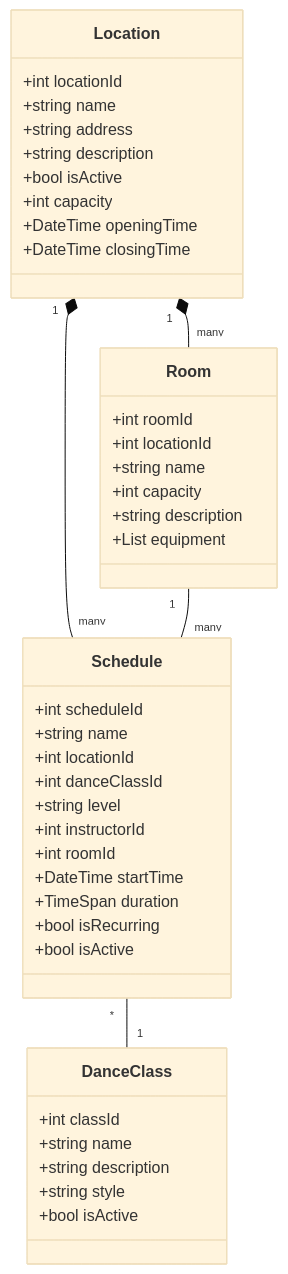
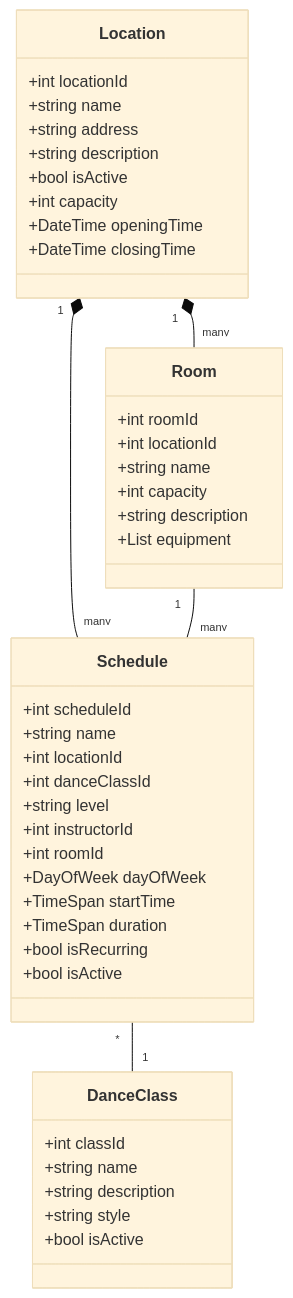
One commit to plebann/studioscheduler changed the diagram in src/StudioScheduler.Core/docs/schedule_implementation_plan.md. Above: the diagram before and after it, drawn with Mermaid (base theme). The commit also changed other lines of this file and 38 other files, not shown here.

````diff
--- a/src/StudioScheduler.Core/docs/schedule_implementation_plan.md
+++ b/src/StudioScheduler.Core/docs/schedule_implementation_plan.md
@@ -9,49 +44,50 @@
 ```mermaid
 classDiagram
     class Location {
         +int locationId
         +string name
         +string address
         +string description
         +bool isActive
         +int capacity
         +DateTime openingTime
         +DateTime closingTime
     }
 
     class Room {
         +int roomId
         +int locationId
         +string name
         +int capacity
         +string description
         +List<Equipment> equipment
     }
 
     class DanceClass {
         +int classId
         +string name
         +string description
         +string style
         +bool isActive
     }
     
     class Schedule {
         +int scheduleId
         +string name
         +int locationId
         +int danceClassId
         +string level
         +int instructorId
         +int roomId
-        +DateTime startTime
+        +DayOfWeek dayOfWeek
+        +TimeSpan startTime
         +TimeSpan duration
         +bool isRecurring
         +bool isActive
     }
 
     Location "1" *-- "many" Room
     Location "1" *-- "many" Schedule
     Schedule "*" -- "1" DanceClass
     Room "1" -- "many" Schedule
 ```
````
